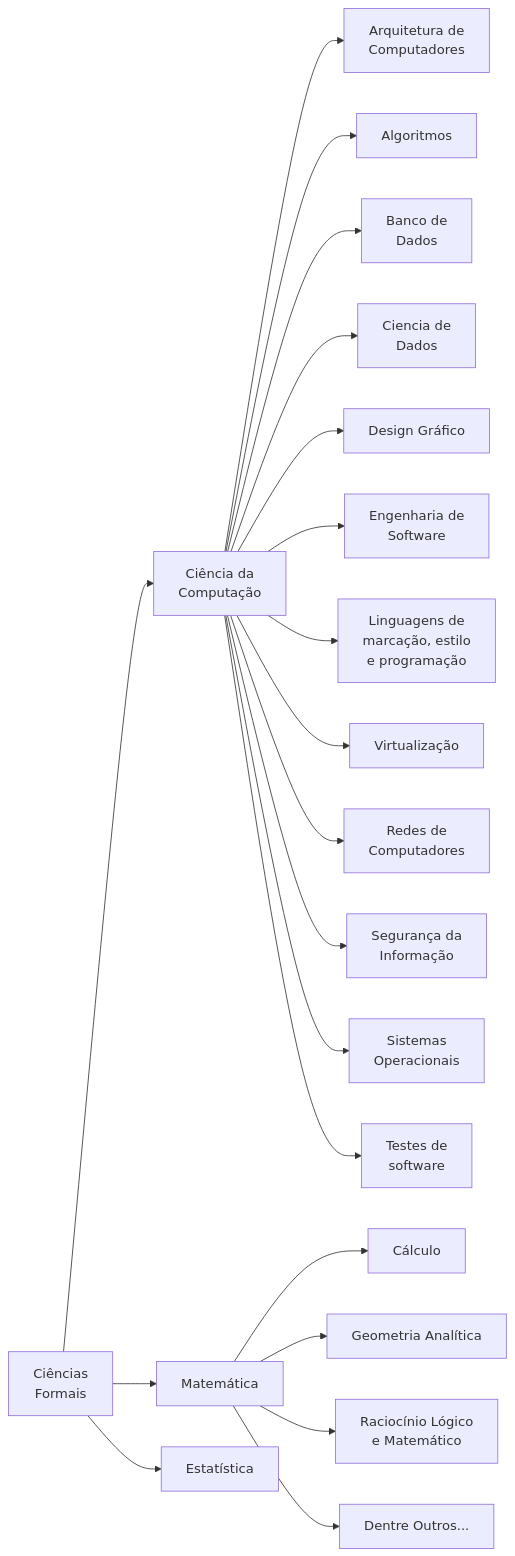
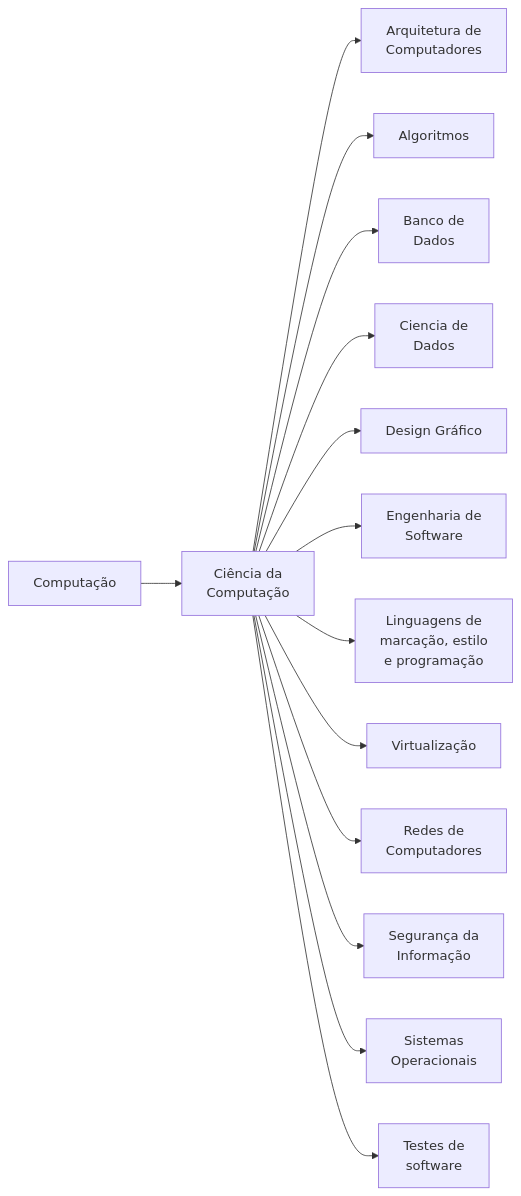
Before and after one commit to dnlclaudino/gestao-do-conhecimento: the first of 2 diagrams in computacao.md, drawn with Mermaid.

Commit message:
Revisar: seção "Computação"

````diff
--- a/computacao.md
+++ b/computacao.md
@@ -3,22 +3,16 @@
 ```mermaid
 graph LR;
-  CF[Ciências<br>Formais]-->CC[Ciência da<br>Computação];
+  CF[Computação]-->CC[Ciência da<br>Computação];
         CC-->AC[Arquitetura de<br>Computadores];
         CC-->ALG[Algoritmos];
         CC-->BD[Banco de<br>Dados];
         CC-->CD[Ciencia de<br>Dados];
         CC-->DE[Design Gráfico];
         CC-->ES[Engenharia de<br>Software];
         CC-->LMEP[Linguagens de<br>marcação, estilo<br>e programação];
         CC-->VIRT[Virtualização];
         CC-->RC[Redes de<br>Computadores];
         CC-->SI[Segurança da<br>Informação];
         CC-->SO[Sistemas<br>Operacionais];
         CC-->TS[Testes de<br>software];
-  CF-->MAT[Matemática];
-       MAT-->CALC[Cálculo];
-       MAT-->GA[Geometria Analítica];
-       MAT-->RL[Raciocínio Lógico<br>e Matemático];
-       MAT-->DO[Dentre Outros...];
-  CF-->ESTAT[Estatística];
 ```
````
